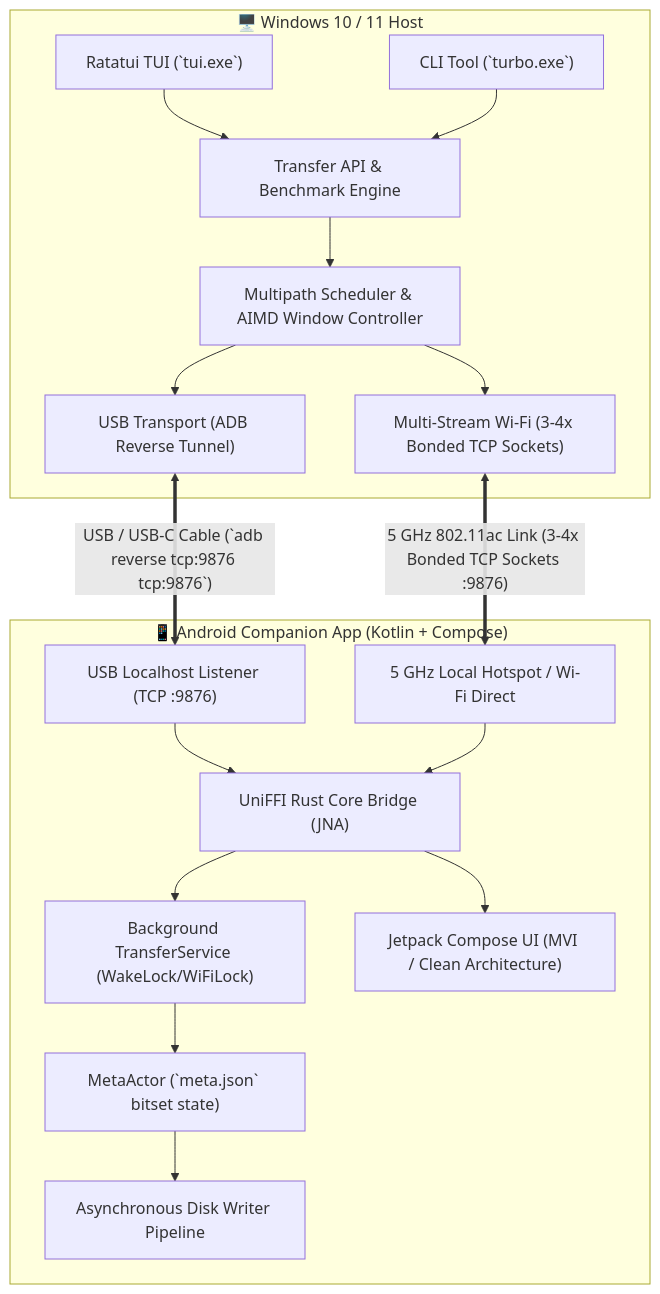
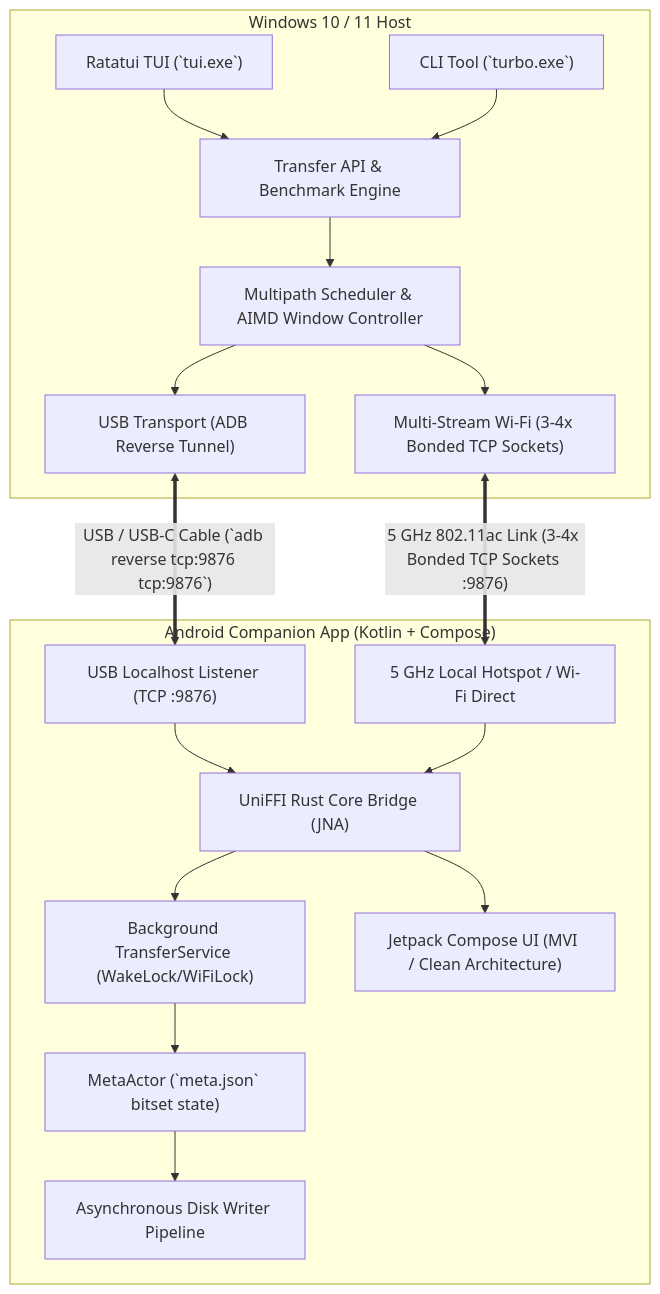
The first of 2 diagrams in README.md (mdumair-sk/TurboTransfer), drawn with Mermaid before and after one commit. The commit also changed other lines of this file and 14 other files, not shown here.

````diff
--- a/README.md
+++ b/README.md
@@ -27,37 +53,37 @@
 ```mermaid
 graph TD
-    subgraph Windows ["🖥️ Windows 10 / 11 Host"]
+    subgraph Windows ["Windows 10 / 11 Host"]
         TUI["Ratatui TUI (`tui.exe`)"]
         CLI["CLI Tool (`turbo.exe`)"]
         API["Transfer API & Benchmark Engine"]
         SCHED["Multipath Scheduler & AIMD Window Controller"]
         USB_W["USB Transport (ADB Reverse Tunnel)"]
         WIFI_W["Multi-Stream Wi-Fi (3-4x Bonded TCP Sockets)"]
     end
 
-    subgraph Android ["📱 Android Companion App (Kotlin + Compose)"]
+    subgraph Android ["Android Companion App (Kotlin + Compose)"]
         SVC["Background TransferService (WakeLock/WiFiLock)"]
         USB_A["USB Localhost Listener (TCP :9876)"]
         WIFI_A["5 GHz Local Hotspot / Wi-Fi Direct"]
         UNIFFI["UniFFI Rust Core Bridge (JNA)"]
         ACTOR["MetaActor (`meta.json` bitset state)"]
         DISK["Asynchronous Disk Writer Pipeline"]
         APP["Jetpack Compose UI (MVI / Clean Architecture)"]
     end
 
     TUI --> API
     CLI --> API
     API --> SCHED
     SCHED --> USB_W
     SCHED --> WIFI_W
 
     USB_W <== "USB / USB-C Cable (`adb reverse tcp:9876 tcp:9876`)" ==> USB_A
     WIFI_W <== "5 GHz 802.11ac Link (3-4x Bonded TCP Sockets :9876)" ==> WIFI_A
 
     USB_A --> UNIFFI
     WIFI_A --> UNIFFI
     UNIFFI --> SVC
     SVC --> ACTOR
     ACTOR --> DISK
     UNIFFI --> APP
 ```
````
